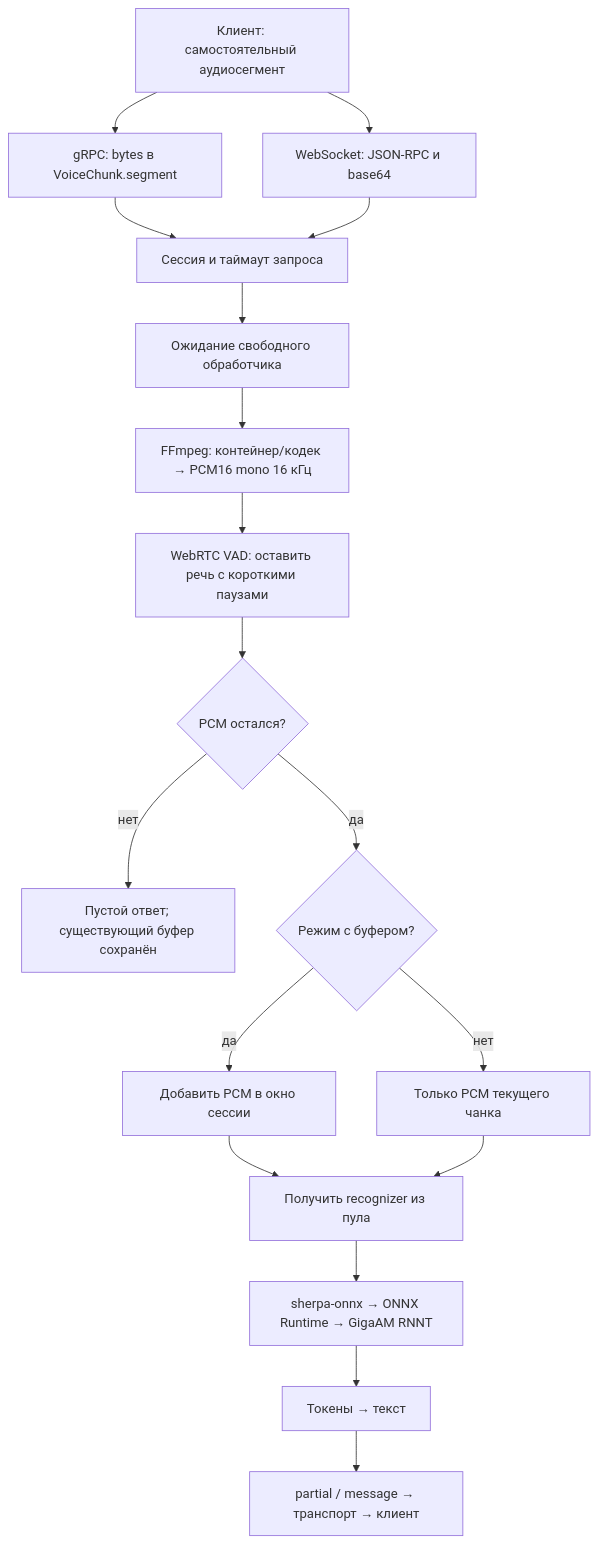
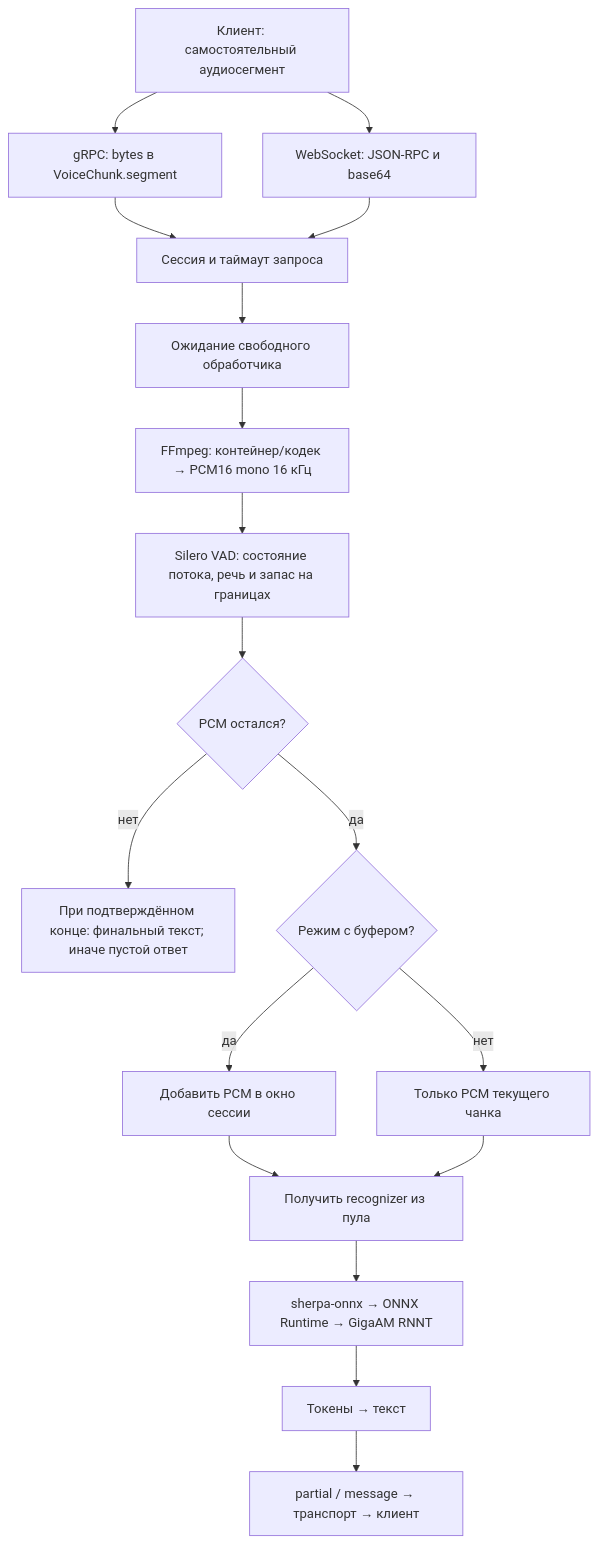
The first of 7 diagrams in docs/audio-pipeline.md (Pheodaron/stt), drawn with Mermaid before and after one commit. The commit also changed other lines of this file and 24 other files, not shown here.

Commit message:
Replace WebRTC with stateful Silero VAD and preserve phrase boundaries

````diff
--- a/docs/audio-pipeline.md
+++ b/docs/audio-pipeline.md
@@ -10,21 +11,21 @@
 ```mermaid
 flowchart TB
     C["Клиент: самостоятельный аудиосегмент"]
     C --> G["gRPC: bytes в VoiceChunk.segment"]
     C --> W["WebSocket: JSON-RPC и base64"]
     G --> S["Сессия и таймаут запроса"]
     W --> S
     S --> Q["Ожидание свободного обработчика"]
     Q --> F["FFmpeg: контейнер/кодек → PCM16 mono 16 кГц"]
-    F --> V["WebRTC VAD: оставить речь с короткими паузами"]
+    F --> V["Silero VAD: состояние потока, речь и запас на границах"]
     V --> E{"PCM остался?"}
-    E -->|"нет"| Z["Пустой ответ; существующий буфер сохранён"]
+    E -->|"нет"| Z["При подтверждённом конце: финальный текст; иначе пустой ответ"]
     E -->|"да"| B{"Режим с буфером?"}
     B -->|"да"| A["Добавить PCM в окно сессии"]
     B -->|"нет"| P["Только PCM текущего чанка"]
     A --> M["Получить recognizer из пула"]
     P --> M
     M --> I["sherpa-onnx → ONNX Runtime → GigaAM RNNT"]
     I --> T["Токены → текст"]
     T --> R["partial / message → транспорт → клиент"]
 ```
````
